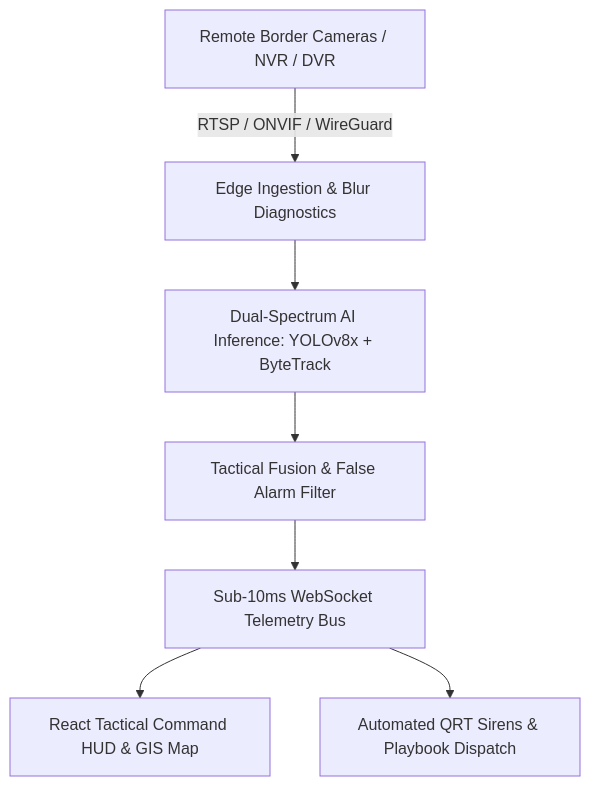
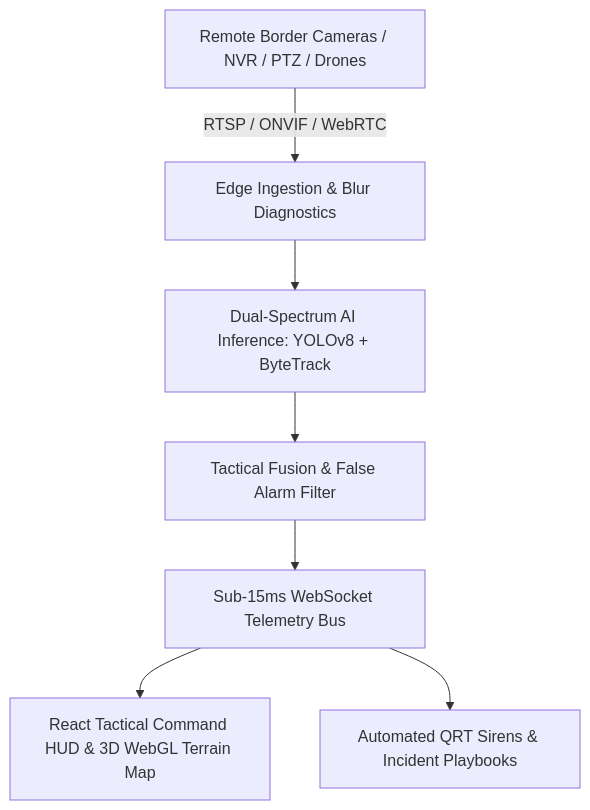
The diagram in README.md (rajdixit070-v/IBVAP-1), drawn with Mermaid before and after one commit. The commit also changed other lines of this file, not shown here.

Commit message:
docs: comprehensive update to README.md covering 3D WebGL terrain, cloud deployment (Render + Vercel), role scoping, and architecture

````diff
--- a/README.md
+++ b/README.md
@@ -27,9 +27,9 @@
 ```mermaid
 graph TD
-    A[Remote Border Cameras / NVR / DVR] -->|RTSP / ONVIF / WireGuard| B[Edge Ingestion & Blur Diagnostics]
-    B --> C[Dual-Spectrum AI Inference: YOLOv8x + ByteTrack]
+    A[Remote Border Cameras / NVR / PTZ / Drones] -->|RTSP / ONVIF / WebRTC| B[Edge Ingestion & Blur Diagnostics]
+    B --> C[Dual-Spectrum AI Inference: YOLOv8 + ByteTrack]
     C --> D[Tactical Fusion & False Alarm Filter]
-    D --> E[Sub-10ms WebSocket Telemetry Bus]
-    E --> F[React Tactical Command HUD & GIS Map]
-    E --> G[Automated QRT Sirens & Playbook Dispatch]
+    D --> E[Sub-15ms WebSocket Telemetry Bus]
+    E --> F[React Tactical Command HUD & 3D WebGL Terrain Map]
+    E --> G[Automated QRT Sirens & Incident Playbooks]
 ```
````
